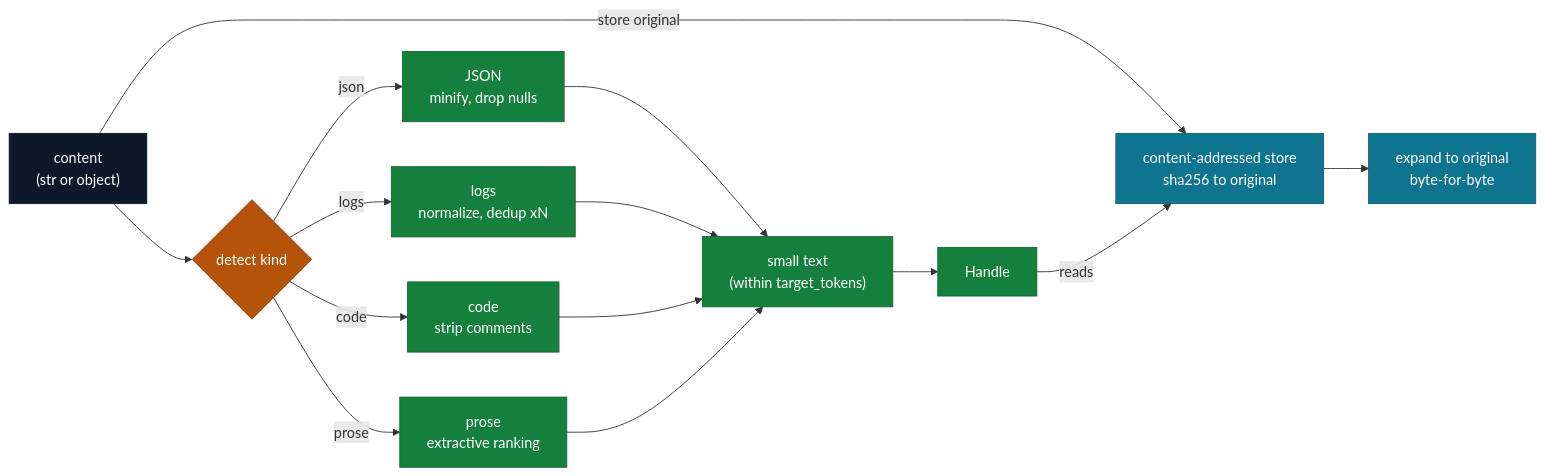
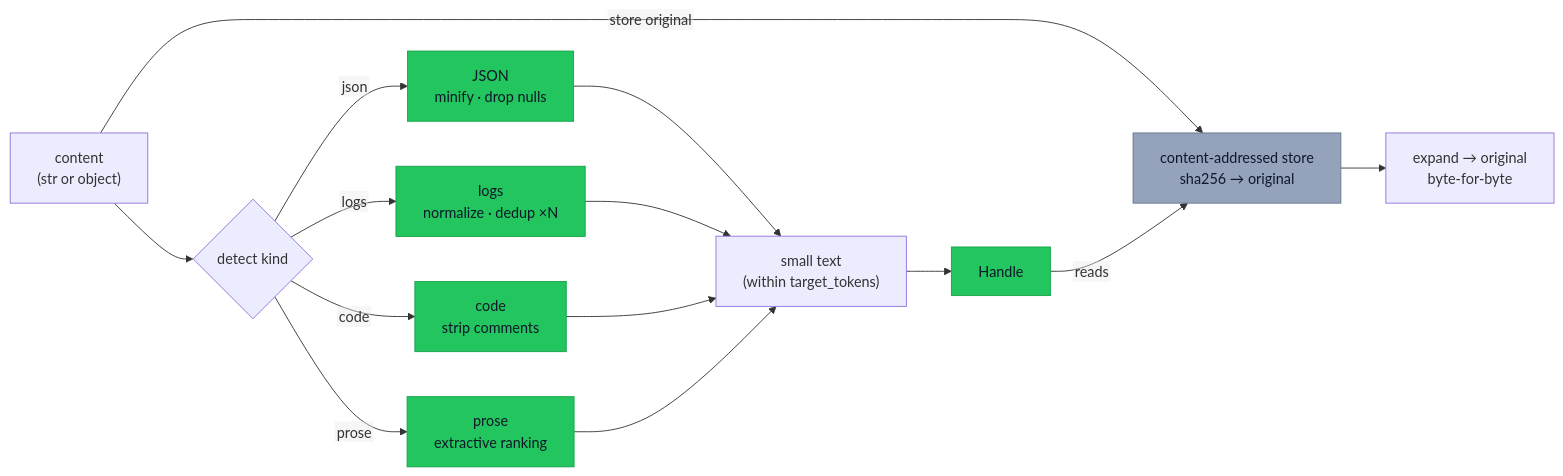
One commit to cendorhq/cendor-libs changed the diagram in docs/squeeze.md. Above: the diagram before and after it, drawn with Mermaid. The commit also changed other lines of this file and 14 other files, not shown here.

````diff
--- a/docs/squeeze.md
+++ b/docs/squeeze.md
@@ -45,37 +101,28 @@
 ```mermaid
+%%{init: {"flowchart": {"htmlLabels": false}} }%%
 graph LR
     C["content<br/>(str or object)"]
     D{"detect kind"}
-    J["JSON<br/>minify, drop nulls"]
-    L["logs<br/>normalize, dedup xN"]
+    J["JSON<br/>minify · drop nulls"]
+    L["logs<br/>normalize · dedup ×N"]
     K["code<br/>strip comments"]
     P["prose<br/>extractive ranking"]
     SM["small text<br/>(within target_tokens)"]
     H["Handle"]
-    CCR["content-addressed store<br/>sha256 to original"]
-    EXP["expand to original<br/>byte-for-byte"]
+    CCR["content-addressed store<br/>sha256 → original"]
+    EXP["expand → original<br/>byte-for-byte"]
 
     C --> D
-    D -->|json| J
-    D -->|logs| L
-    D -->|code| K
-    D -->|prose| P
-    J --> SM
-    L --> SM
-    K --> SM
-    P --> SM
+    D -->|json| J --> SM
+    D -->|logs| L --> SM
+    D -->|code| K --> SM
+    D -->|prose| P --> SM
     SM --> H
     C -->|"store original"| CCR
-    H -->|"reads"| CCR
-    CCR --> EXP
+    H -->|"reads"| CCR --> EXP
 
-    classDef in fill:#0f172a,stroke:#0f172a,color:#ffffff;
-    classDef dec fill:#b45309,stroke:#92400e,color:#ffffff;
-    classDef sq fill:#15803d,stroke:#166534,color:#ffffff;
-    classDef store fill:#0e7490,stroke:#155e75,color:#ffffff;
-
-    class C in;
-    class D dec;
-    class J,L,K,P,SM,H sq;
-    class CCR,EXP store;
+    classDef sq fill:#22C55E,color:#0F172A,stroke:#16A34A;
+    classDef co fill:#94A3BB,color:#0F172A,stroke:#64748B;
+    class J,L,K,P,H sq;
+    class CCR co;
 ```
````
